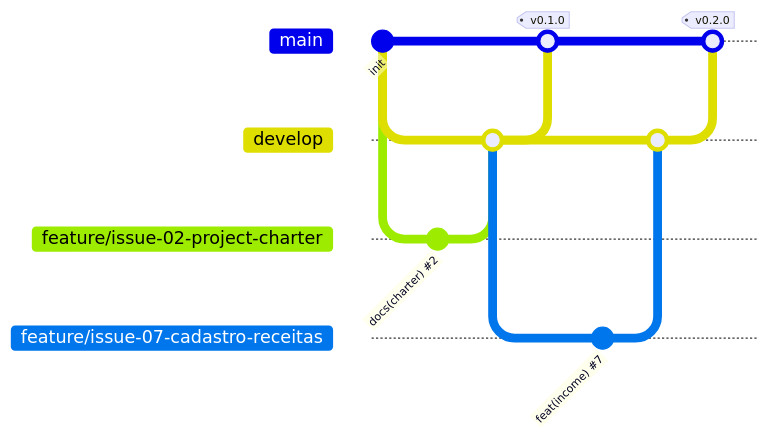
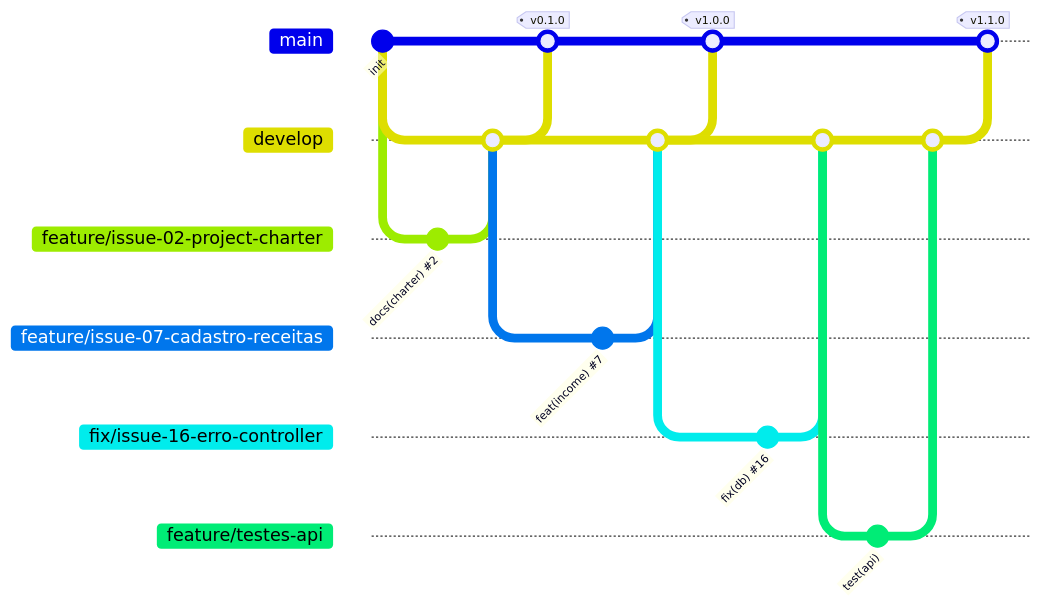
Before and after one commit to Rejane-prog/segura-a-grana: the diagram in README.md, drawn with Mermaid. The commit also changed other lines of this file, not shown here.

Commit message:
docs(readme): corrigir url, adicionar badges de ci e secao de testes (#53)

````diff
--- a/README.md
+++ b/README.md
@@ -88,19 +132,30 @@
 ```mermaid
 gitGraph
   commit id: "init"
   branch develop
   checkout develop
   branch feature/issue-02-project-charter
   commit id: "docs(charter) #2"
   checkout develop
   merge feature/issue-02-project-charter
   checkout main
   merge develop tag: "v0.1.0"
   checkout develop
   branch feature/issue-07-cadastro-receitas
   commit id: "feat(income) #7"
   checkout develop
   merge feature/issue-07-cadastro-receitas
   checkout main
-  merge develop tag: "v0.2.0"
+  merge develop tag: "v1.0.0"
+  checkout develop
+  branch fix/issue-16-erro-controller
+  commit id: "fix(db) #16"
+  checkout develop
+  merge fix/issue-16-erro-controller
+  branch feature/testes-api
+  commit id: "test(api)"
+  checkout develop
+  merge feature/testes-api
+  checkout main
+  merge develop tag: "v1.1.0"
 ```
````
